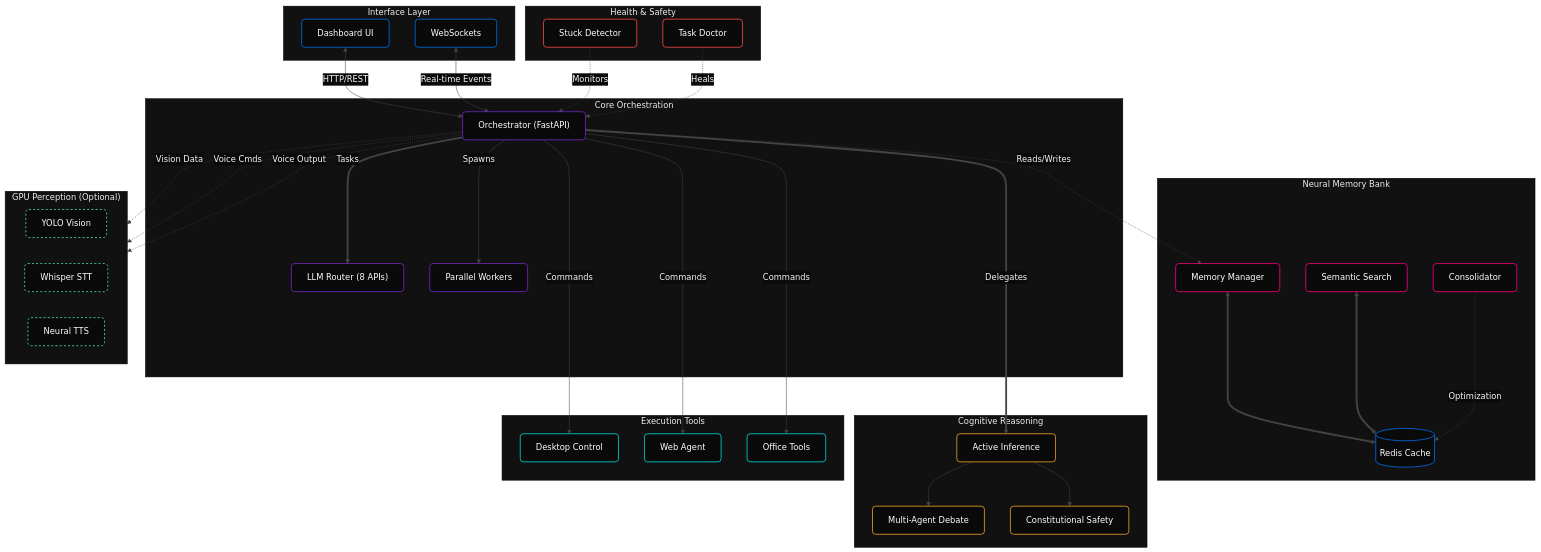
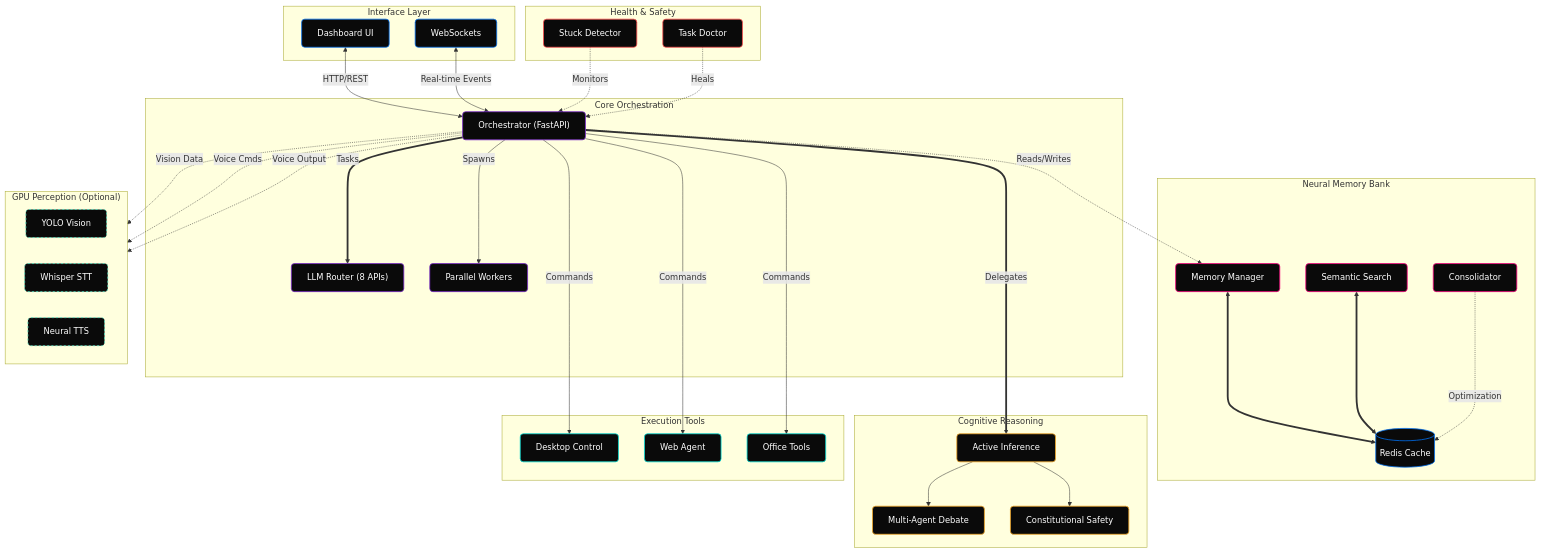
Before and after one commit to shashankrpatil077-ctrl/xoyo: the diagram in README.md, drawn with Mermaid.

Commit message:
fix: Remove invalid mermaid init blocks breaking GitHub rendering

````diff
--- a/README.md
+++ b/README.md
@@ -89,15 +89,4 @@
 ```mermaid
-%%{init: {
-  'theme': 'base',
-  'themeVariables': {
-    'primaryColor': '#000000',
-    'primaryTextColor': '#F8F8F2',
-    'primaryBorderColor': '#333333',
-    'lineColor': '#444444',
-    'secondaryColor': '#0A0A0A',
-    'tertiaryColor': '#111111'
-  }
-}}%%
 graph TB
     classDef frontend fill:#0A0A0A,stroke:#0070F3,stroke-width:1.5px,color:#FFFFFF,rx:6,ry:6
     classDef core fill:#0A0A0A,stroke:#7928CA,stroke-width:1.5px,color:#FFFFFF,rx:6,ry:6
````
